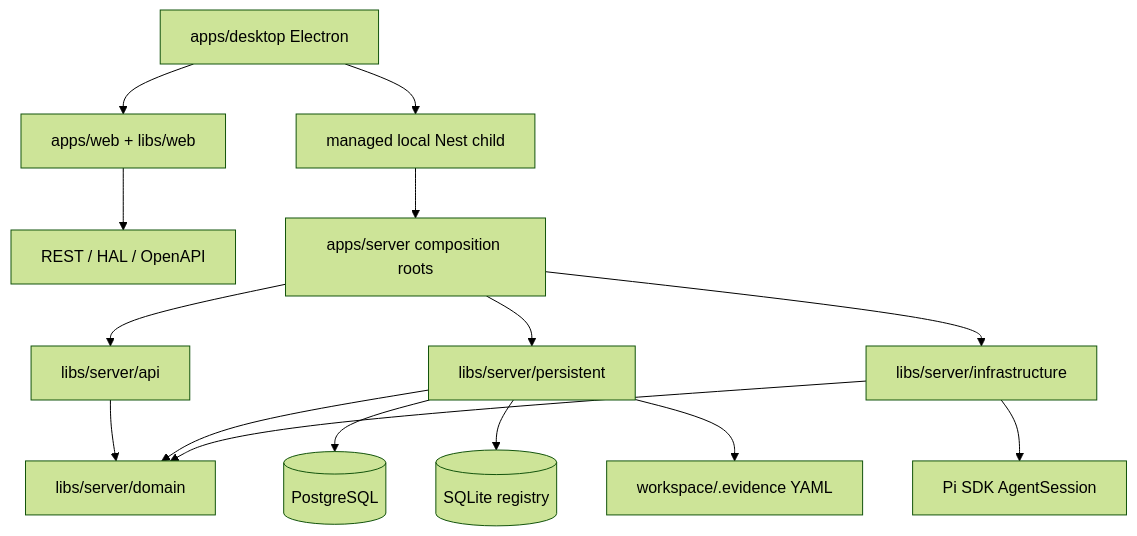
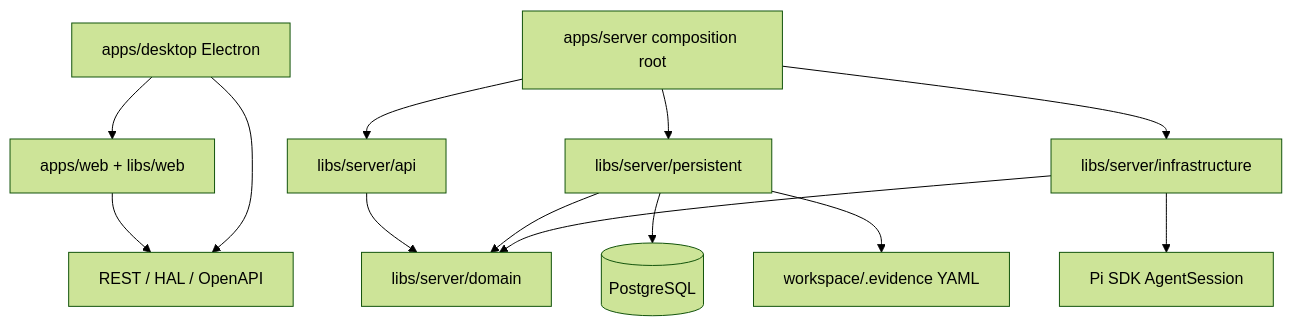
The diagram in docs/architecture/architecture-style.md (JayClock/Evidence), drawn with Mermaid (forest theme) before and after one commit. The commit also changed other lines of this file and 9 other files, not shown here.

Commit message:
docs: align desktop with remote postgres api

````diff
--- a/docs/architecture/architecture-style.md
+++ b/docs/architecture/architecture-style.md
@@ -28,19 +28,17 @@
 ```mermaid
 graph TD
   Web[apps/web + libs/web] --> PublishedAPI[REST / HAL / OpenAPI]
   Desktop[apps/desktop Electron] --> Web
-  Desktop --> LocalServer[managed local Nest child]
+  Desktop --> PublishedAPI
 
-  ServerRoot[apps/server composition roots] --> API[libs/server/api]
+  ServerRoot[apps/server composition root] --> API[libs/server/api]
   ServerRoot --> Persistence[libs/server/persistent]
   ServerRoot --> Infrastructure[libs/server/infrastructure]
   API --> Domain[libs/server/domain]
   Persistence --> Domain
   Infrastructure --> Domain
-  LocalServer --> ServerRoot
 
   Persistence --> PostgreSQL[(PostgreSQL)]
-  Persistence --> SQLite[(SQLite registry)]
   Persistence --> EvidenceFiles[workspace/.evidence YAML]
   Infrastructure --> Pi[Pi SDK AgentSession]
 ```
````
